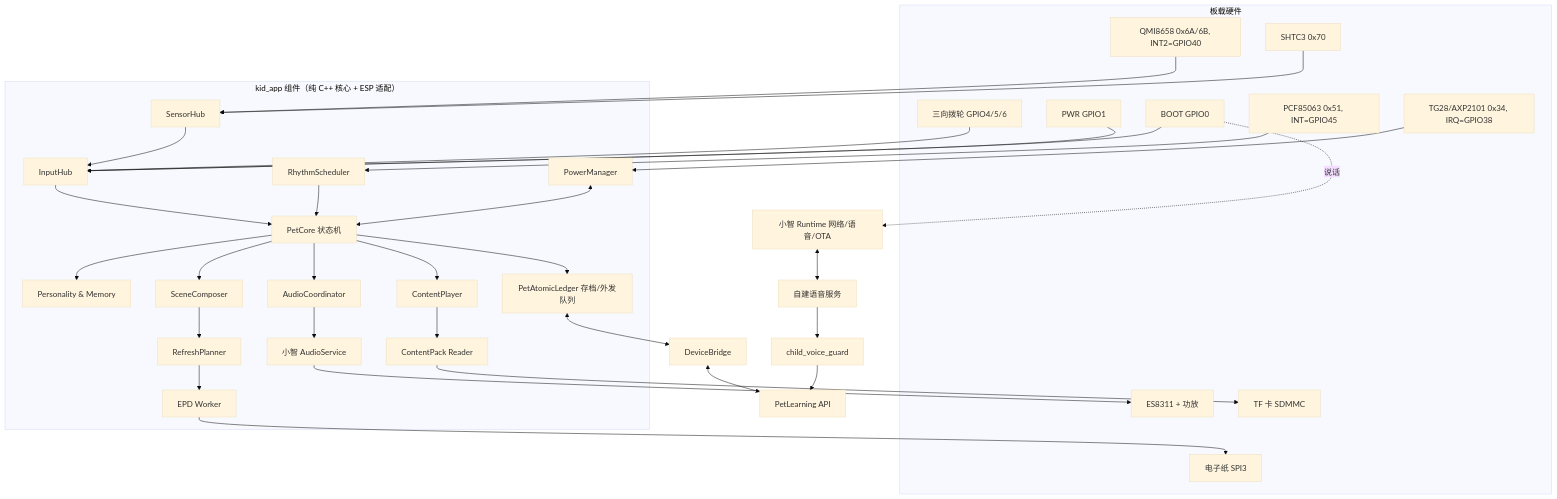
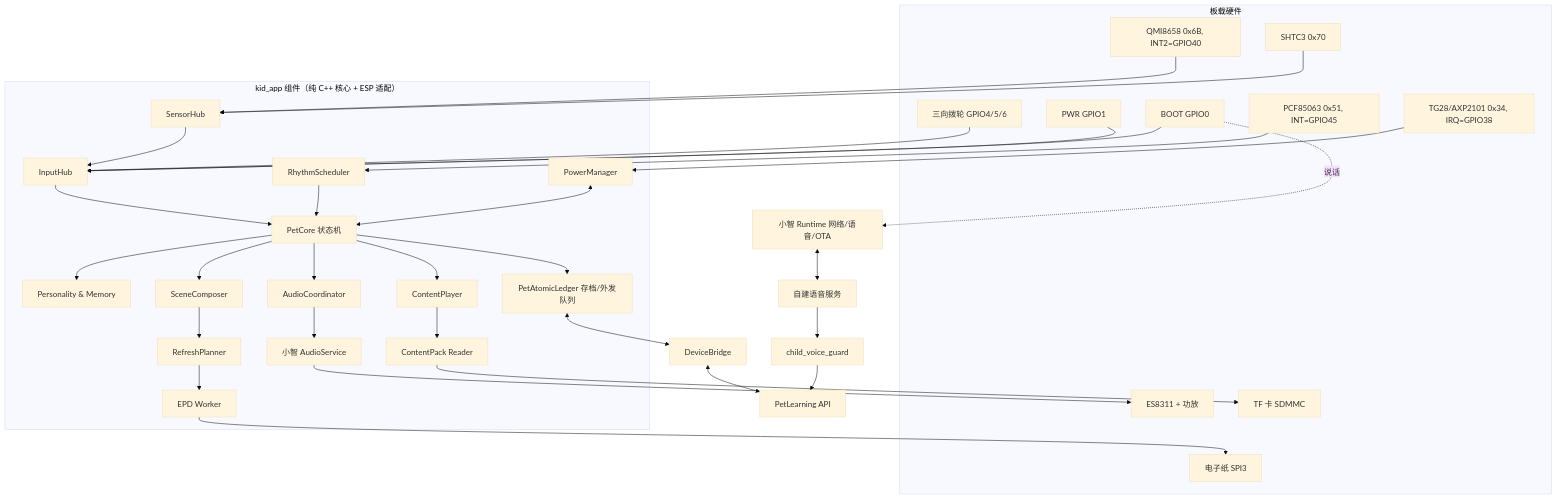
The diagram in docs/ARCHITECTURE.md (birdshao/xiaozhi-pet), drawn with Mermaid (base theme) before and after one commit. The commit also changed other lines of this file and 4 other files, not shown here.

````diff
--- a/docs/ARCHITECTURE.md
+++ b/docs/ARCHITECTURE.md
@@ -11,40 +11,40 @@
 ```mermaid
 flowchart TB
     subgraph HW[板载硬件]
       DIAL["三向拨轮 GPIO4/5/6"]
       BOOT["BOOT GPIO0"]
       PWR["PWR GPIO1"]
-      IMU["QMI8658 0x6A/6B, INT2=GPIO40"]
+      IMU["QMI8658 0x6B, INT2=GPIO40"]
       RTC["PCF85063 0x51, INT=GPIO45"]
       ENV["SHTC3 0x70"]
       PMU["TG28/AXP2101 0x34, IRQ=GPIO38"]
       EPD["电子纸 SPI3"]
       AUD["ES8311 + 功放"]
       SD["TF 卡 SDMMC"]
     end
     subgraph KID[kid_app 组件（纯 C++ 核心 + ESP 适配）]
       IN[InputHub] --> PET[PetCore 状态机]
       SENS[SensorHub] --> IN
       RHY[RhythmScheduler] --> PET
       PWRM[PowerManager] <--> PET
       PET --> MEM[Personality & Memory]
       PET --> LED[PetAtomicLedger 存档/外发队列]
       PET --> SCN[SceneComposer] --> RG[RefreshPlanner] --> EPDW[EPD Worker]
       PET --> AC[AudioCoordinator] --> AOUT[小智 AudioService]
       PET --> CP[ContentPlayer] --> PACK[ContentPack Reader]
     end
     DIAL --> IN
     BOOT --> IN
     PWR --> IN
     IMU --> SENS
     ENV --> SENS
     RTC --> RHY
     PMU --> PWRM
     EPDW --> EPD
     AOUT --> AUD
     PACK --> SD
     XZ["小智 Runtime 网络/语音/OTA"] <--> VOICE[自建语音服务]
     BOOT -. 说话 .-> XZ
     LED <--> BR[DeviceBridge] <--> API[PetLearning API]
     VOICE --> GUARD[child_voice_guard] --> API
 ```
````
